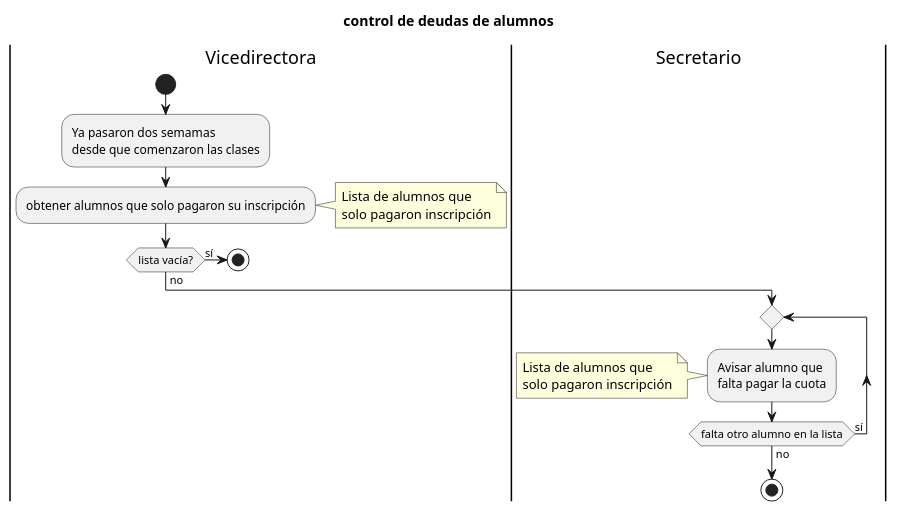
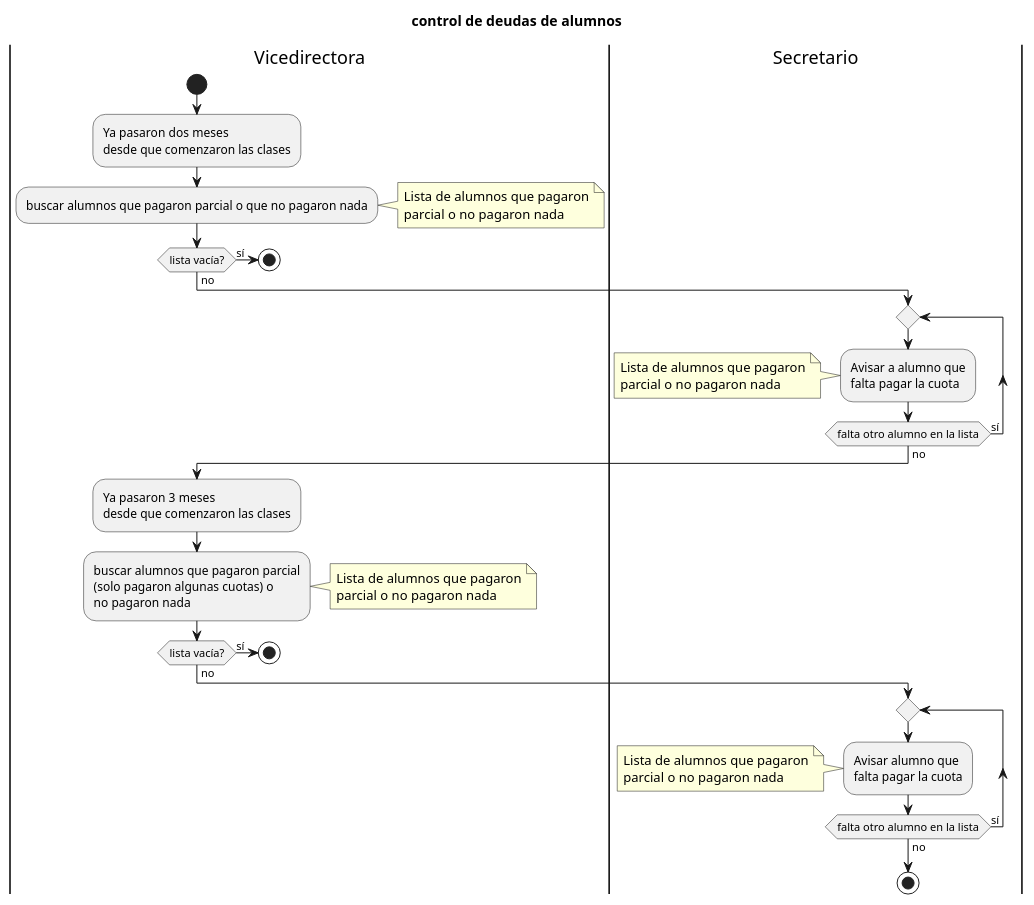
Before and after one commit to esteban4321duran/americana-docs: the diagram in control_deuda_alumnos.pu, drawn with PlantUML. The commit also changed 1 other file, not shown here.

```diff
--- a/control_deuda_alumnos.pu
+++ b/control_deuda_alumnos.pu
@@ -1,31 +1,57 @@
 @startuml
 title control de deudas de alumnos
 |Vicedirectora|
 start
-:Ya pasaron dos semamas
+:Ya pasaron dos meses
 desde que comenzaron las clases;
-:obtener alumnos que solo pagaron su inscripción;
+:buscar alumnos que pagaron parcial o que no pagaron nada;
 
 note right
-Lista de alumnos que 
-solo pagaron inscripción
+Lista de alumnos que pagaron
+parcial o no pagaron nada
+end note
+
+if(lista vacía?) then (sí)
+	stop
+else (no)
+endif
+
+|Secretario|
+repeat
+:Avisar a alumno que
+falta pagar la cuota;
+note left
+Lista de alumnos que pagaron
+parcial o no pagaron nada
+end note
+repeat while (falta otro alumno en la lista) is (sí) not (no)
+
+|Vicedirectora|
+:Ya pasaron 3 meses
+desde que comenzaron las clases;
+:buscar alumnos que pagaron parcial 
+(solo pagaron algunas cuotas) o 
+no pagaron nada;
+
+note right
+Lista de alumnos que pagaron
+parcial o no pagaron nada
 end note
 
 if(lista vacía?) then (sí)
 	stop
 else (no)
 endif
 
 |Secretario|
 repeat
 :Avisar alumno que
 falta pagar la cuota;
 note left
-Lista de alumnos que 
-solo pagaron inscripción
+Lista de alumnos que pagaron
+parcial o no pagaron nada
 end note
 repeat while (falta otro alumno en la lista) is (sí) not (no)
 
-
 stop
 @enduml
```
